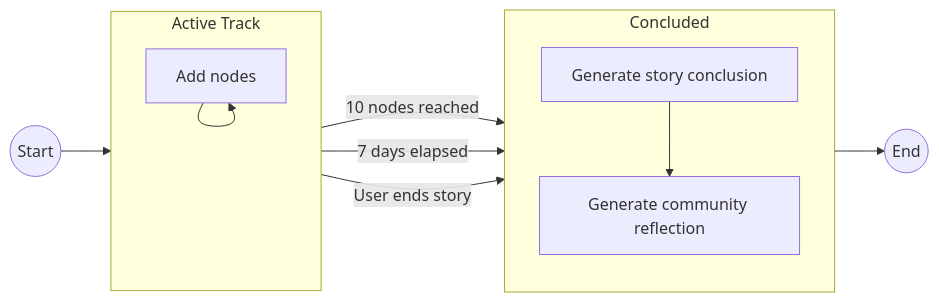
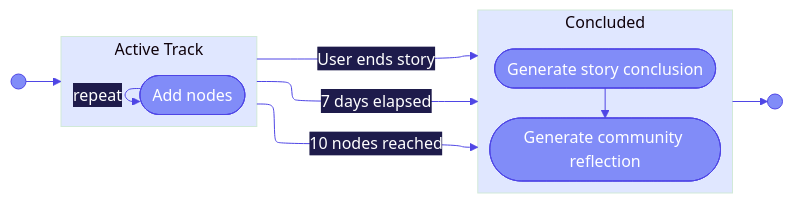
The third of 4 diagrams in README.md (hoangngo-sudo/the-morytale), drawn with Mermaid before and after one commit. The commit also changed other lines of this file, not shown here.

````diff
--- a/README.md
+++ b/README.md
@@ -151,24 +153,24 @@
 ```mermaid
-%%{init: {'flowchart': {'linear': 'basis'}}}%%
+%%{init: {'theme': 'base', 'flowchart': {'defaultRenderer': 'elk', 'curve': 'basis'}, 'themeVariables': {'primaryColor': '#818cf8', 'primaryTextColor': '#ffffff', 'primaryBorderColor': '#4f46e5', 'lineColor': '#4f46e5', 'secondaryColor': '#e0e7ff', 'tertiaryColor': '#f0fdf4', 'clusterBkg': '#e0e7ff', 'edgeLabelBackground': '#1e1b4b', 'fontFamily': 'sans-serif'}}}%%
 flowchart LR
-    Start((Start)) --> Active
+    Start(( )) --> Active
 
     subgraph Active[Active Track]
         direction TB
-        A1[Add nodes]
-        A1 --> A1
+        A1([Add nodes])
+        A1 --->|repeat| A1
     end
 
     Active -->|10 nodes reached| Conclude
     Active -->|7 days elapsed| Conclude
     Active -->|User ends story| Conclude
 
     subgraph Conclude[Concluded]
         direction TB
-        C1[Generate story conclusion]
-        C2[Generate community reflection]
+        C1([Generate story conclusion])
+        C2([Generate community reflection])
         C1 --> C2
     end
 
-    Conclude --> End((End))
+    Conclude --> End(( ))
 ```
````
